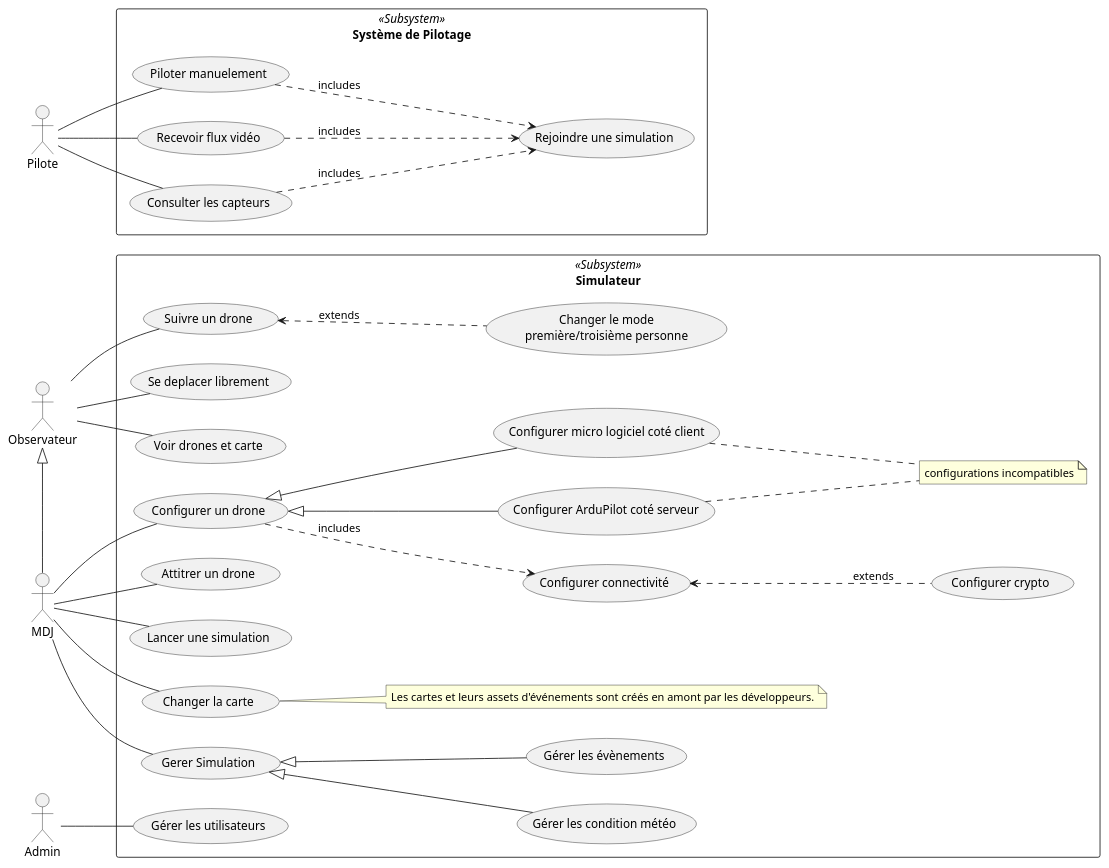
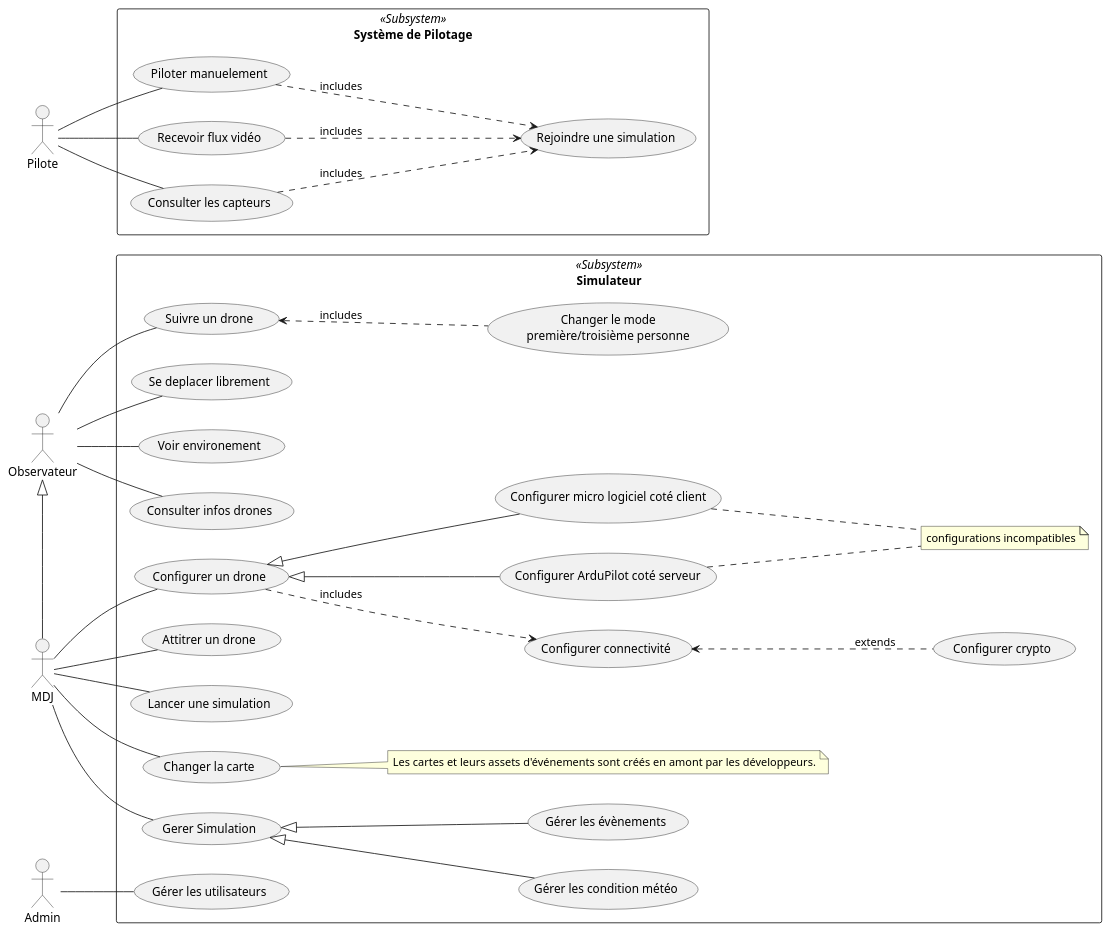
The diagram in doc/simulateur_uc.puml (tombartos/SAE-DRONE), drawn with PlantUML before and after one commit. The commit also changed 1 other file, not shown here.

```diff
--- a/doc/simulateur_uc.puml
+++ b/doc/simulateur_uc.puml
@@ -1,63 +1,64 @@
 @startuml
 
 left to right direction
 
 actor Observateur
 actor MDJ
 actor Pilote
 actor Admin
 'actor Admin
 
 rectangle "Système de Pilotage" <<Subsystem>> as SysPilot {
     Pilote -- (Piloter manuelement)
     Pilote -- (Recevoir flux vidéo)
     Pilote -- (Consulter les capteurs)
 
     (Recevoir flux vidéo) ..> (Rejoindre une simulation) : includes
     (Piloter manuelement) ..> (Rejoindre une simulation) : includes
     (Consulter les capteurs) ..> (Rejoindre une simulation) : includes
 }
 
 MDJ -left-|> Observateur
 
 rectangle Simulateur <<Subsystem>> {
 
     usecase (Suivre un drone) as follow_drone
 
-    follow_drone <.down. (Changer le mode\npremière/troisième personne) : extends
+    follow_drone <.down. (Changer le mode\npremière/troisième personne) : includes
 
     Observateur -- (Se deplacer librement)
-    Observateur -- (Voir drones et carte)
+    Observateur -- (Voir environement)
     Observateur -- follow_drone
+    Observateur -- (Consulter infos drones)
 
     usecase (Configurer un drone) as cfg_drone
     usecase (Configurer connectivité) as cfg_conn
     usecase (Configurer crypto) as cfg_crypt
     usecase (Configurer ArduPilot coté serveur) as cfg_ardu_ss
     usecase (Configurer micro logiciel coté client) as cfg_ardu_cs
     usecase (Attitrer un drone) as cfg_attrib_drone
     usecase (Lancer une simulation) as cfg_sim
     note "configurations incompatibles" as mutex1
     note "Les cartes et leurs assets d'événements sont créés en amont par les développeurs." as note1
 
     cfg_drone .down.> cfg_conn : includes
     cfg_conn <.down. cfg_crypt : extends
-    cfg_drone <|-- cfg_ardu_ss 
-    cfg_drone <|-- cfg_ardu_cs 
+    cfg_drone <|-- cfg_ardu_ss
+    cfg_drone <|-- cfg_ardu_cs
     cfg_ardu_ss .. mutex1
     cfg_ardu_cs .. mutex1
 
     MDJ -- (Changer la carte)
     (Changer la carte) .. note1
     MDJ -- (Gerer Simulation)
     (Gerer Simulation) <|-- (Gérer les condition météo)
     (Gerer Simulation) <|-- (Gérer les évènements)
     MDJ -- cfg_drone
     MDJ -- cfg_attrib_drone
     MDJ -- cfg_sim
 
     Admin -- (Gérer les utilisateurs)
 
 }
 
 @enduml
```
